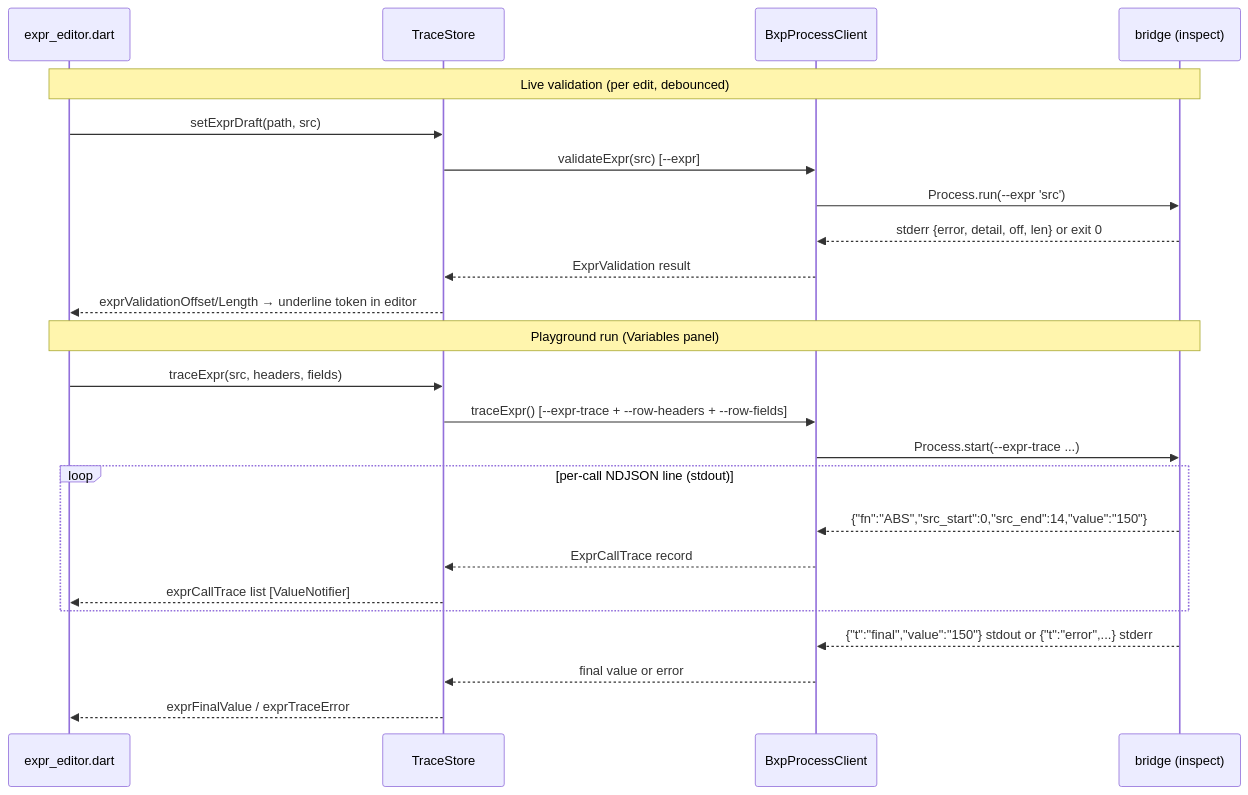
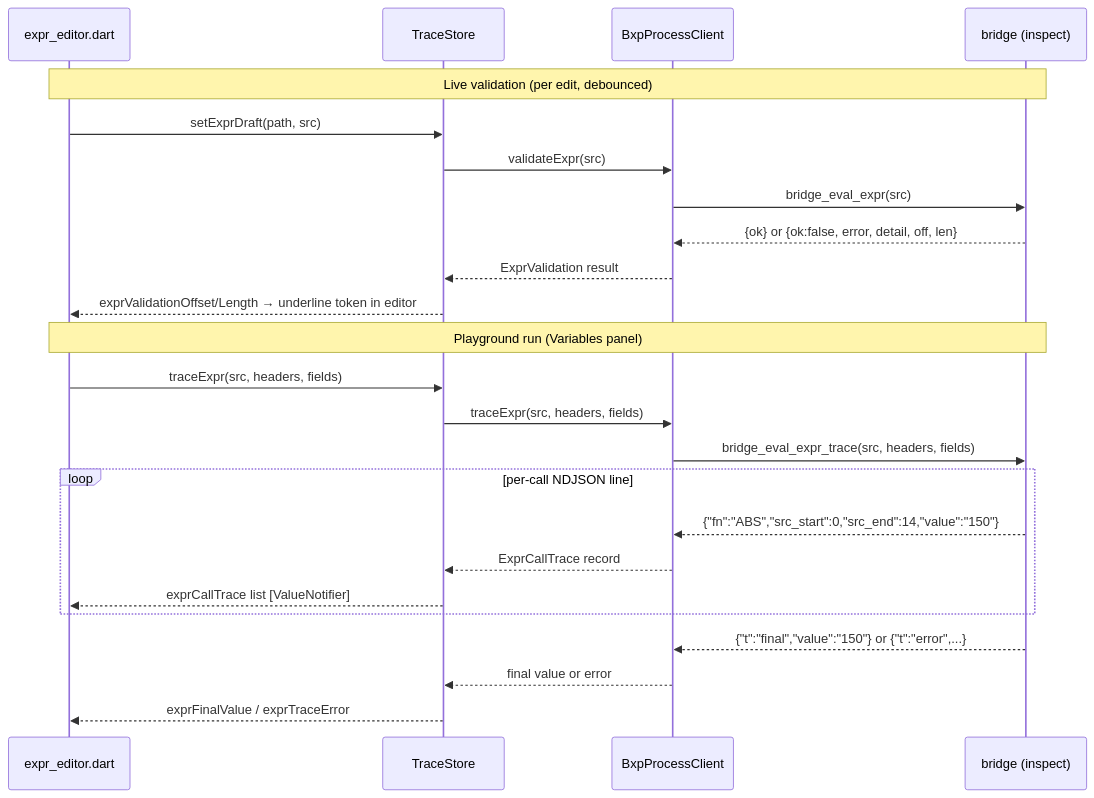
Before and after one commit to zaxified/bxp: diagram 15 of 17 in docs/architecture.md, drawn with Mermaid. The commit also changed other lines of this file and 7 other files, not shown here.

````diff
--- a/docs/architecture.md
+++ b/docs/architecture.md
@@ -978,28 +986,28 @@
 ```mermaid
 sequenceDiagram
     participant UI as expr_editor.dart
     participant TS as TraceStore
     participant BPC as BxpProcessClient
     participant FMT as bridge (inspect)
 
     Note over UI,FMT: Live validation (per edit, debounced)
     UI->>TS: setExprDraft(path, src)
-    TS->>BPC: validateExpr(src) [--expr]
-    BPC->>FMT: Process.run(--expr 'src')
-    FMT-->>BPC: stderr {error, detail, off, len} or exit 0
+    TS->>BPC: validateExpr(src)
+    BPC->>FMT: bridge_eval_expr(src)
+    FMT-->>BPC: {ok} or {ok:false, error, detail, off, len}
     BPC-->>TS: ExprValidation result
     TS-->>UI: exprValidationOffset/Length → underline token in editor
 
     Note over UI,FMT: Playground run (Variables panel)
     UI->>TS: traceExpr(src, headers, fields)
-    TS->>BPC: traceExpr() [--expr-trace + --row-headers + --row-fields]
-    BPC->>FMT: Process.start(--expr-trace ...)
-    loop per-call NDJSON line (stdout)
+    TS->>BPC: traceExpr(src, headers, fields)
+    BPC->>FMT: bridge_eval_expr_trace(src, headers, fields)
+    loop per-call NDJSON line
         FMT-->>BPC: {"fn":"ABS","src_start":0,"src_end":14,"value":"150"}
         BPC-->>TS: ExprCallTrace record
         TS-->>UI: exprCallTrace list [ValueNotifier]
     end
-    FMT-->>BPC: {"t":"final","value":"150"} stdout or {"t":"error",...} stderr
+    FMT-->>BPC: {"t":"final","value":"150"} or {"t":"error",...}
     BPC-->>TS: final value or error
     TS-->>UI: exprFinalValue / exprTraceError
 ```
````
